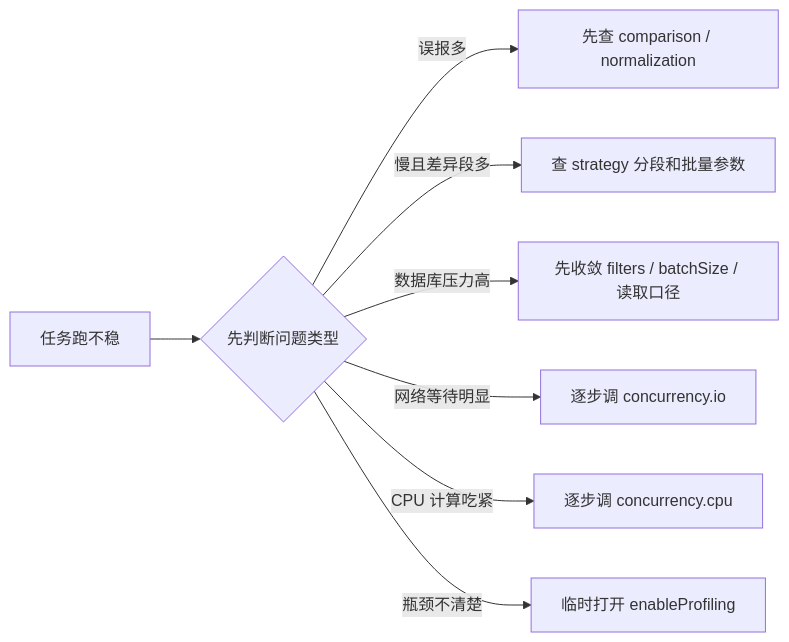
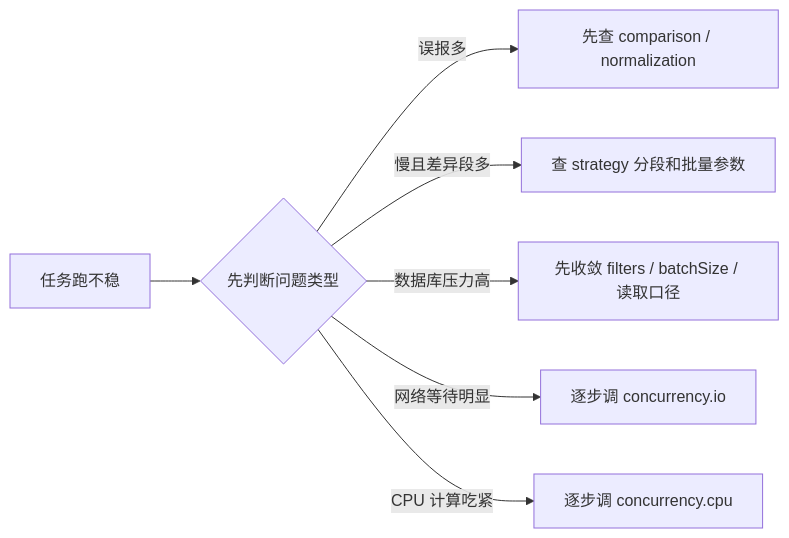
Before and after one commit to xiaoyao0120/consilens: the second of 2 diagrams in website/配置讲解/03-让任务跑得稳：strategy、normalization 与 concurrency.md, drawn with Mermaid. The commit also changed other lines of this file and 98 other files, not shown here.

First line of the commit message:
docs(examples): 移除已删除的 enableProfiling 并同步文档

````diff
--- a/website/配置讲解/03-让任务跑得稳：strategy、normalization 与 concurrency.md
+++ b/website/配置讲解/03-让任务跑得稳：strategy、normalization 与 concurrency.md
@@ -294,10 +292,9 @@
 ```mermaid
 flowchart LR
     A["任务跑不稳"] --> B{"先判断问题类型"}
     B -->|误报多| C["先查 comparison / normalization"]
     B -->|慢且差异段多| D["查 strategy 分段和批量参数"]
     B -->|数据库压力高| E["先收敛 filters / batchSize / 读取口径"]
     B -->|网络等待明显| F["逐步调 concurrency.io"]
     B -->|CPU 计算吃紧| G["逐步调 concurrency.cpu"]
-    B -->|瓶颈不清楚| H["临时打开 enableProfiling"]
 ```
````
